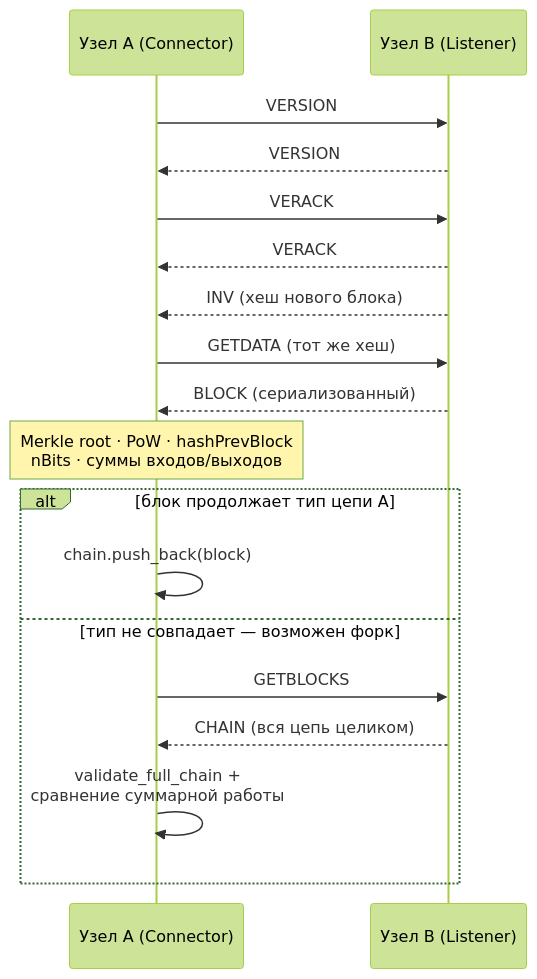
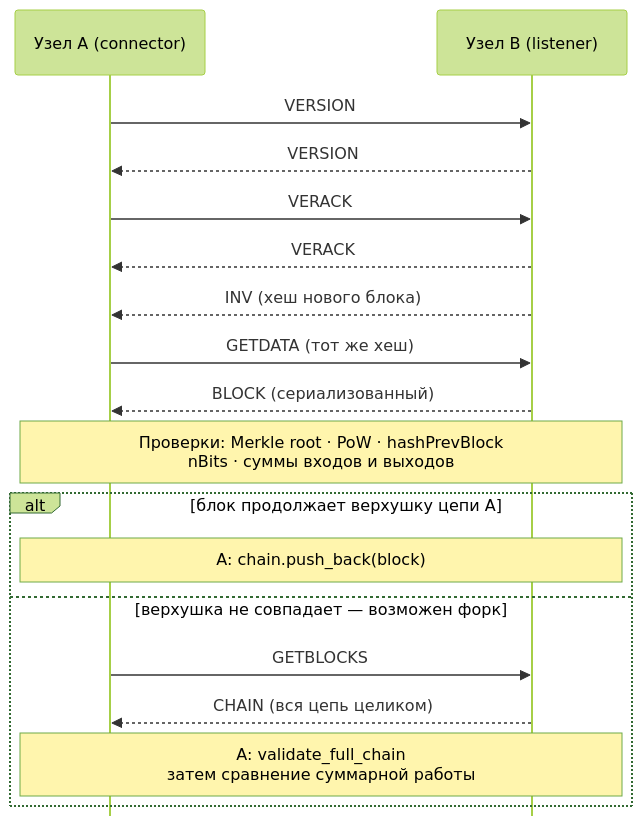
The second of 2 diagrams in Siliqua/docs/ARCHITECTURE.ru.md (crypt0xCode/Siliqua), drawn with Mermaid (forest theme) before and after one commit. The commit also changed other lines of this file and 9 other files, not shown here.

First line of the commit message:
Added new blockchain features and edit schemes and diagrams, fixed .gitignore file.

````diff
--- a/Siliqua/docs/ARCHITECTURE.ru.md
+++ b/Siliqua/docs/ARCHITECTURE.ru.md
@@ -183,20 +180,21 @@
 ```mermaid
+%%{init: {"sequence": {"mirrorActors": false, "actorMargin": 180, "width": 190, "boxMargin": 10, "noteMargin": 12, "messageMargin": 34}}}%%
 sequenceDiagram
-    participant A as Узел A (Connector)
-    participant B as Узел B (Listener)
+    participant A as Узел A (connector)
+    participant B as Узел B (listener)
     A->>B: VERSION
     B-->>A: VERSION
     A->>B: VERACK
     B-->>A: VERACK
     B-->>A: INV (хеш нового блока)
     A->>B: GETDATA (тот же хеш)
     B-->>A: BLOCK (сериализованный)
-    Note over A: Merkle root · PoW · hashPrevBlock<br/>nBits · суммы входов/выходов
-    alt блок продолжает тип цепи A
-        A->>A: chain.push_back(block)
-    else тип не совпадает — возможен форк
+    Note over A,B: Проверки: Merkle root · PoW · hashPrevBlock<br/>nBits · суммы входов и выходов
+    alt блок продолжает верхушку цепи A
+        Note over A,B: A: chain.push_back(block)
+    else верхушка не совпадает — возможен форк
         A->>B: GETBLOCKS
         B-->>A: CHAIN (вся цепь целиком)
-        A->>A: validate_full_chain +<br/>сравнение суммарной работы
+        Note over A,B: A: validate_full_chain<br/>затем сравнение суммарной работы
     end
 ```
````
